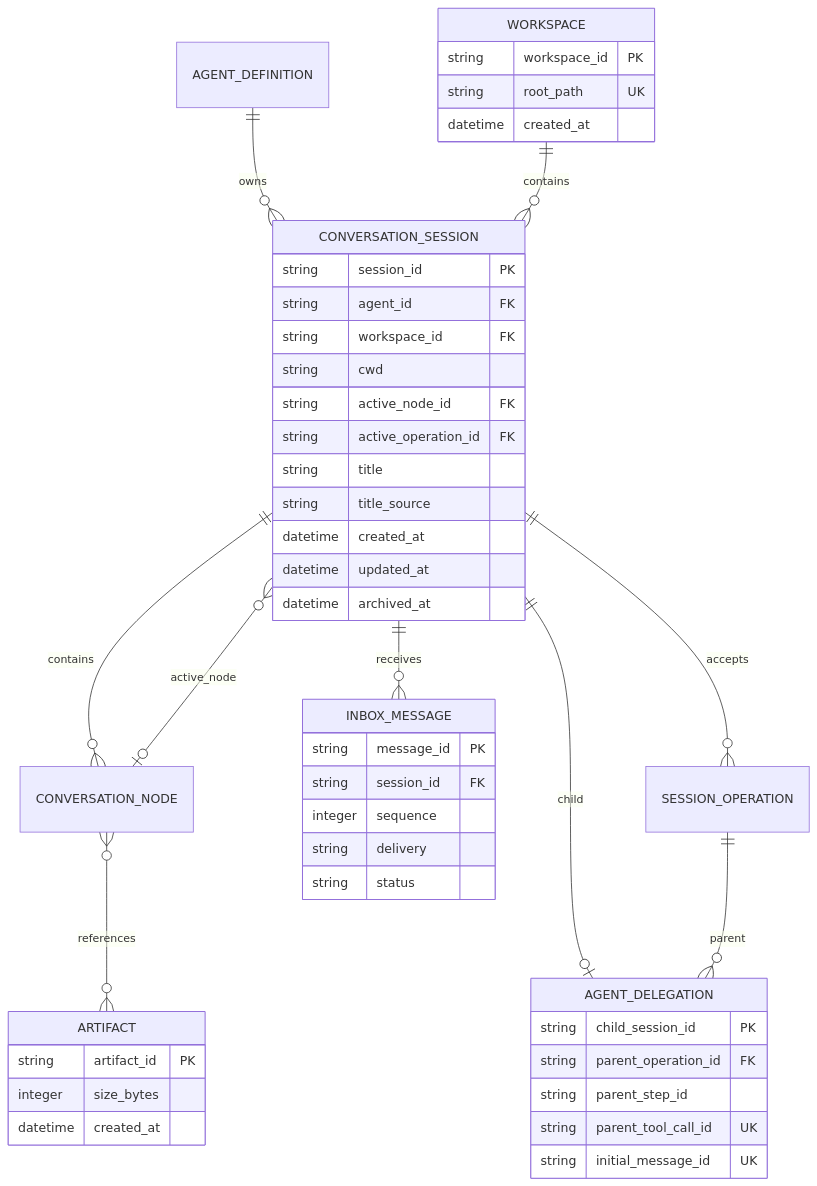
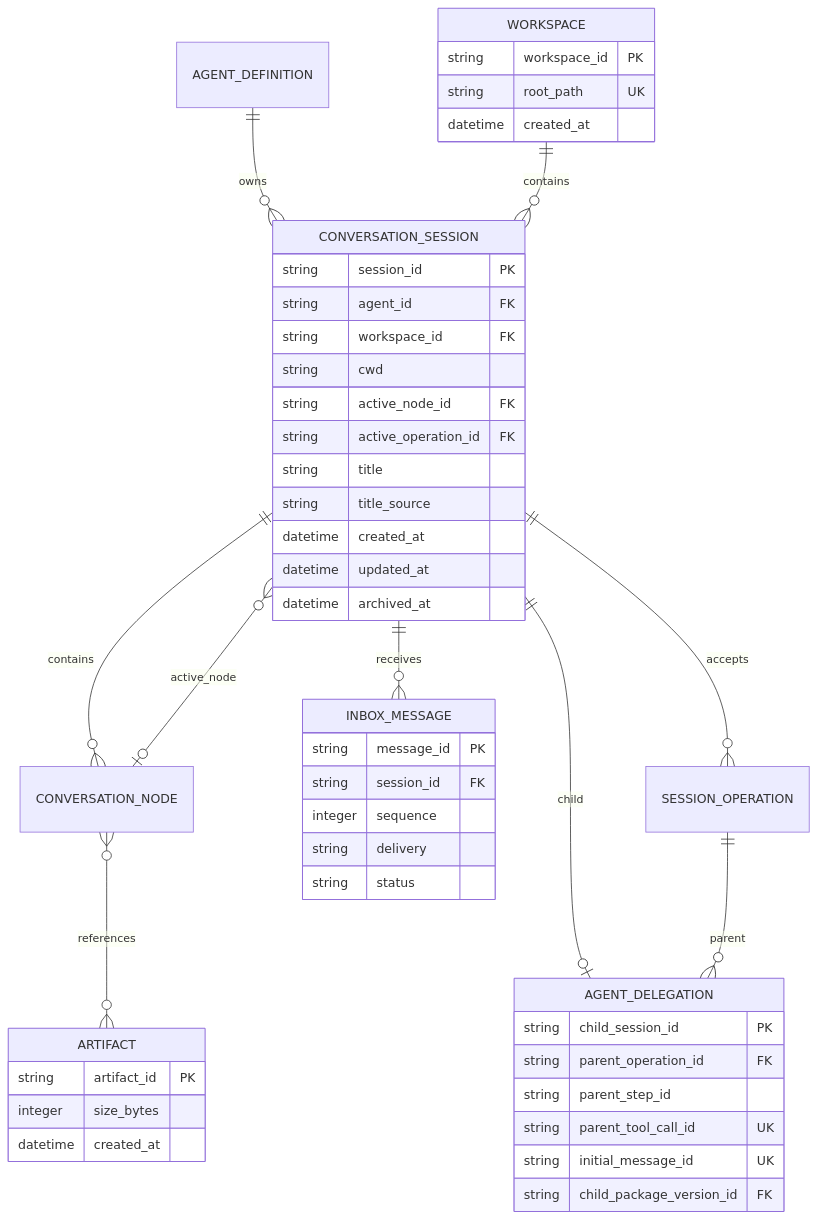
One commit to xiesunsun/MyOpenClaw changed the first of 53 diagrams in docs/upgrade/2026-08-24-runtime-entity-decisions.md. Above: the diagram before and after it, drawn with Mermaid. The commit also changed other lines of this file and 72 other files, not shown here.

````diff
--- a/docs/upgrade/2026-08-24-runtime-entity-decisions.md
+++ b/docs/upgrade/2026-08-24-runtime-entity-decisions.md
@@ -15,54 +15,55 @@
 ```mermaid
 erDiagram
     AGENT_DEFINITION ||--o{ CONVERSATION_SESSION : owns
     WORKSPACE ||--o{ CONVERSATION_SESSION : contains
     CONVERSATION_SESSION ||--o{ CONVERSATION_NODE : contains
     CONVERSATION_SESSION ||--o{ INBOX_MESSAGE : receives
     CONVERSATION_SESSION ||--o{ SESSION_OPERATION : accepts
     CONVERSATION_SESSION }o--o| CONVERSATION_NODE : active_node
     CONVERSATION_SESSION ||--o| AGENT_DELEGATION : child
     SESSION_OPERATION ||--o{ AGENT_DELEGATION : parent
     CONVERSATION_NODE }o--o{ ARTIFACT : references
 
     CONVERSATION_SESSION {
         string session_id PK
         string agent_id FK
         string workspace_id FK
         string cwd
         string active_node_id FK
         string active_operation_id FK
         string title
         string title_source
         datetime created_at
         datetime updated_at
         datetime archived_at
     }
 
     WORKSPACE {
         string workspace_id PK
         string root_path UK
         datetime created_at
     }
 
     ARTIFACT {
         string artifact_id PK
         integer size_bytes
         datetime created_at
     }
 
     INBOX_MESSAGE {
         string message_id PK
         string session_id FK
         integer sequence
         string delivery
         string status
     }
 
     AGENT_DELEGATION {
         string child_session_id PK
         string parent_operation_id FK
         string parent_step_id
         string parent_tool_call_id UK
         string initial_message_id UK
+        string child_package_version_id FK
     }
 ```
````
